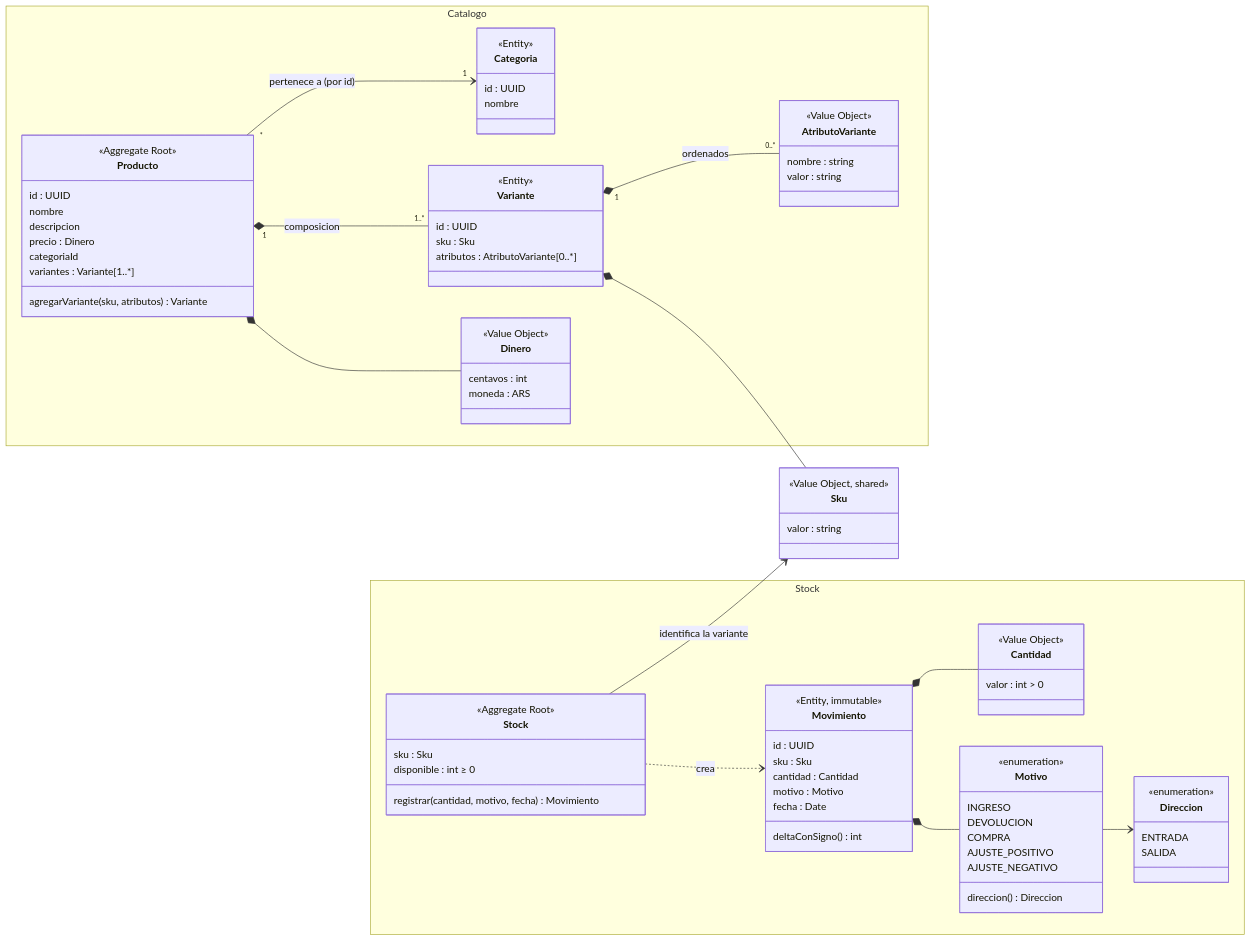
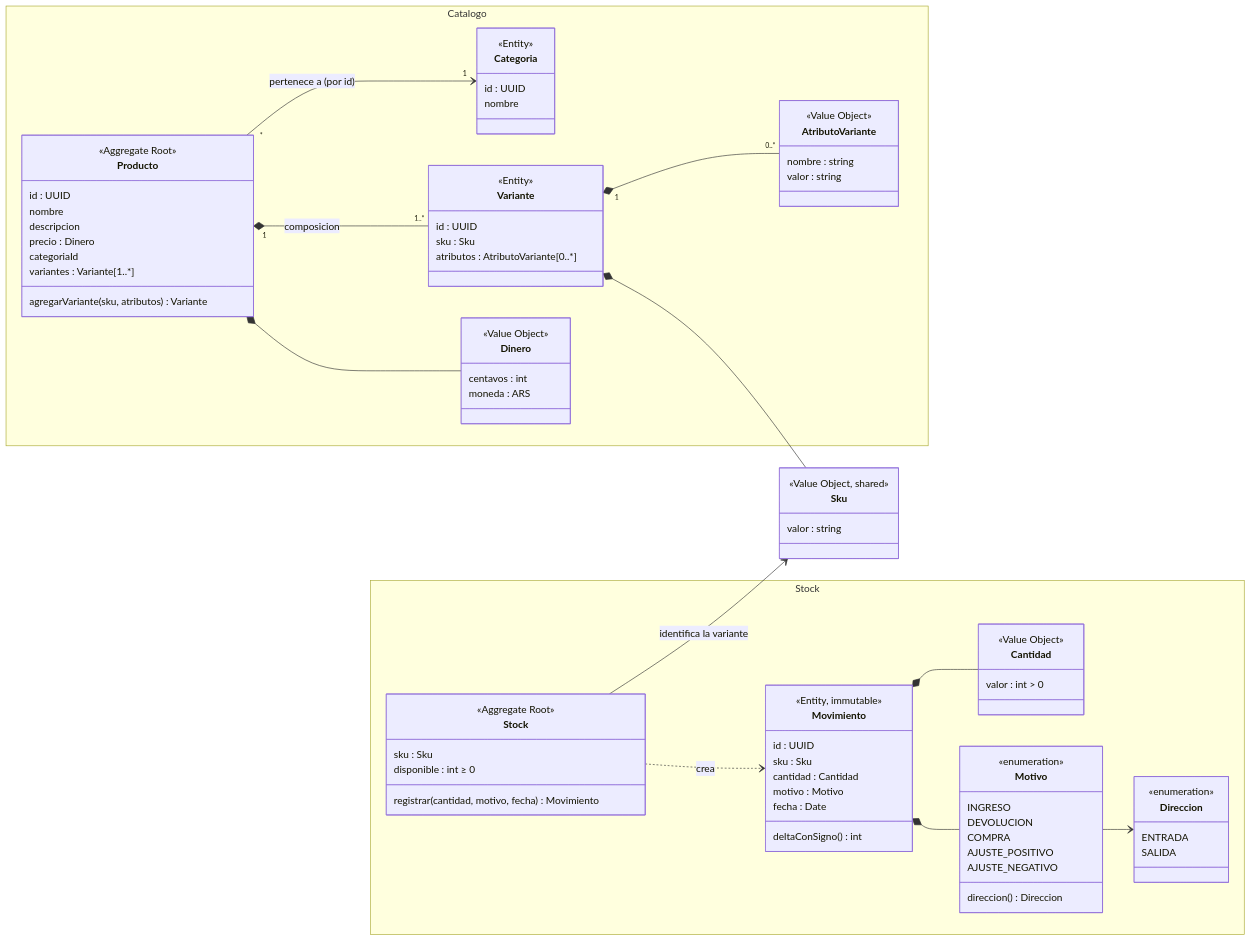
The diagram in PLAN.md (eprediger/challenge-backend-ecommerce), drawn with Mermaid before and after one commit. The commit also changed other lines of this file and 4 other files, not shown here.

```diff
--- a/PLAN.md
+++ b/PLAN.md
@@ -108,7 +108,7 @@
     Producto "1" *-- "1..*" Variante : composicion
     Producto *-- Dinero
     Variante *-- Sku
-    Variante "1" *-- "0..*" AtributoVariante : ordenados
+    Variante "1" *-- "0..*" AtributoVariante
     StockAgg --> Sku : identifica la variante
     StockAgg ..> Movimiento : crea
     Movimiento *-- Cantidad
```
